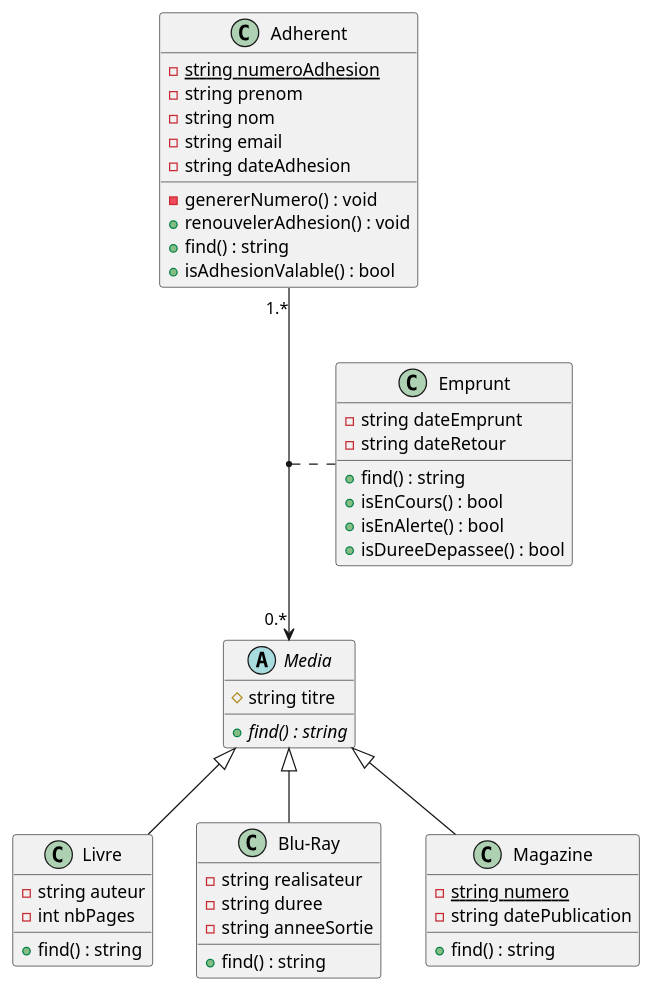
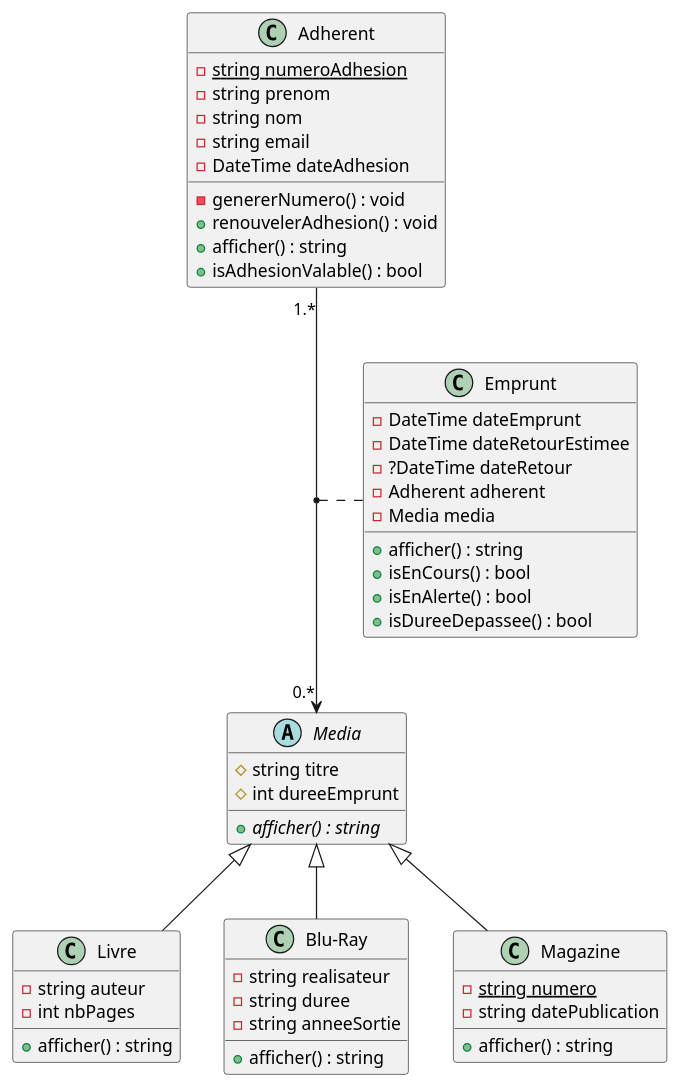
Before and after one commit to eliotthadjadji/TpBibli: the diagram in documentation/diagramme de classes.puml, drawn with PlantUML.

Commit message:
Modif diagramme de classe

```diff
--- a/documentation/diagramme de classes.puml
+++ b/documentation/diagramme de classes.puml
@@ -1,57 +1,61 @@
 @startuml
 
 class Adherent {
     - {static} string numeroAdhesion
     - string prenom
     - string nom
     - string email
-    - string dateAdhesion
+    - DateTime dateAdhesion
     - genererNumero() : void
     + renouvelerAdhesion() : void
-    + find() : string
+    + afficher() : string
     + isAdhesionValable() : bool
 }
 
 
 
 class Emprunt {
-    - string dateEmprunt
-    - string dateRetour
-    + find() : string
+    - DateTime dateEmprunt
+    - DateTime dateRetourEstimee
+    - ?DateTime dateRetour
+    - Adherent adherent
+    - Media media
+    + afficher() : string
     + isEnCours() : bool
     + isEnAlerte() : bool
     + isDureeDepassee() : bool
 }
 
 
 
 
 abstract class Media {
     # string titre
-    + {abstract} find() : string
+    # int dureeEmprunt
+    + {abstract} afficher() : string
 }
 
 class Livre extends Media {
     - string auteur
     - int nbPages
-    + find() : string
+    + afficher() : string
 }
 
 class Blu-Ray extends Media {
     - string realisateur
     - string duree
     - string anneeSortie
-    + find() : string
+    + afficher() : string
 }
 
 class Magazine extends Media {
     - {static} string numero
     - string datePublication
-    + find() : string
+    + afficher() : string
 }
 
 
 Adherent "1.*" --> "0.*" Media
 (Adherent, Media) .. Emprunt
 
 @enduml
```
